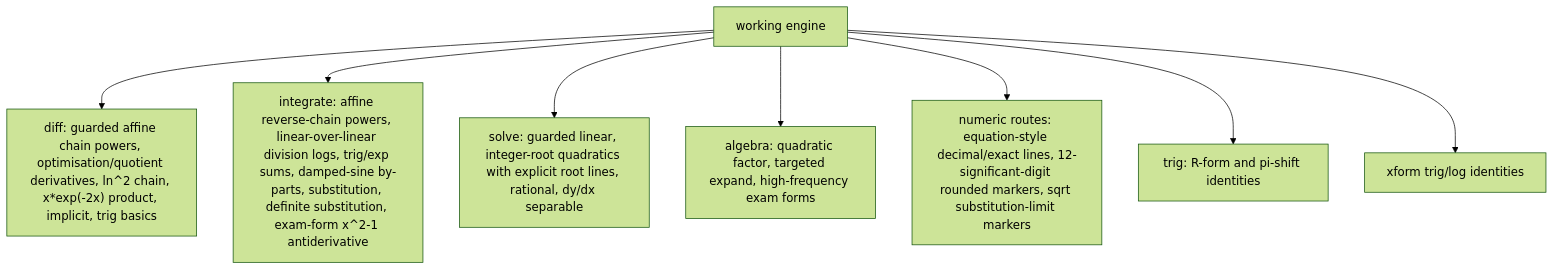
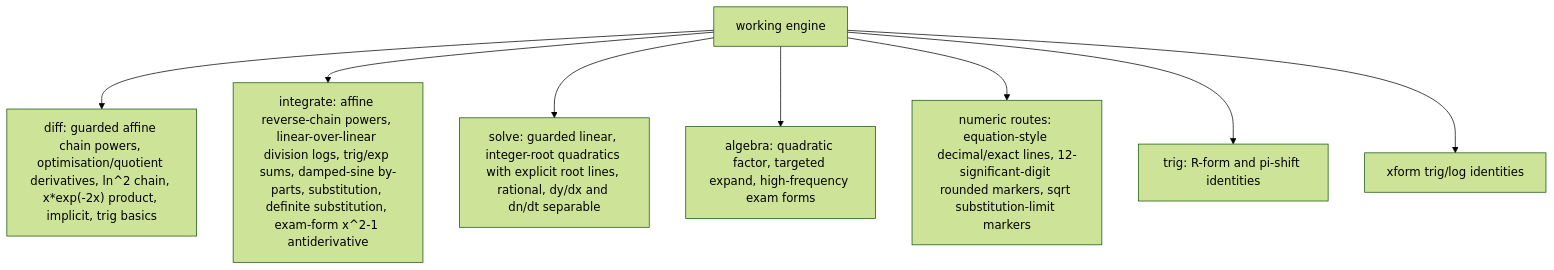
The third of 6 diagrams in docs/GRAPH.md (james8464/notes-addin-casio-fx-cg50), drawn with Mermaid (forest theme) before and after one commit. The commit also changed other lines of this file and 3 other files, not shown here.

````diff
--- a/docs/GRAPH.md
+++ b/docs/GRAPH.md
@@ -36,10 +36,10 @@
 ```mermaid
 graph TD
   Work["working engine"] --> Diff["diff: guarded affine chain powers, optimisation/quotient derivatives, ln^2 chain, x*exp(-2x) product, implicit, trig basics"]
   Work --> Int["integrate: affine reverse-chain powers, linear-over-linear division logs, trig/exp sums, damped-sine by-parts, substitution, definite substitution, exam-form x^2-1 antiderivative"]
-  Work --> Solve["solve: guarded linear, integer-root quadratics with explicit root lines, rational, dy/dx separable"]
+  Work --> Solve["solve: guarded linear, integer-root quadratics with explicit root lines, rational, dy/dx and dn/dt separable"]
   Work --> Alg["algebra: quadratic factor, targeted expand, high-frequency exam forms"]
   Work --> Num["numeric routes: equation-style decimal/exact lines, 12-significant-digit rounded markers, sqrt substitution-limit markers"]
   Work --> Trig["trig: R-form and pi-shift identities"]
   Work --> Xform["xform trig/log identities"]
 ```
````
